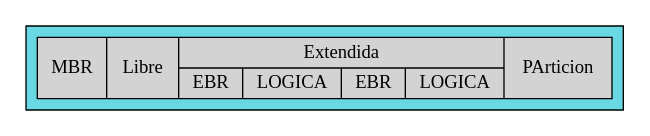
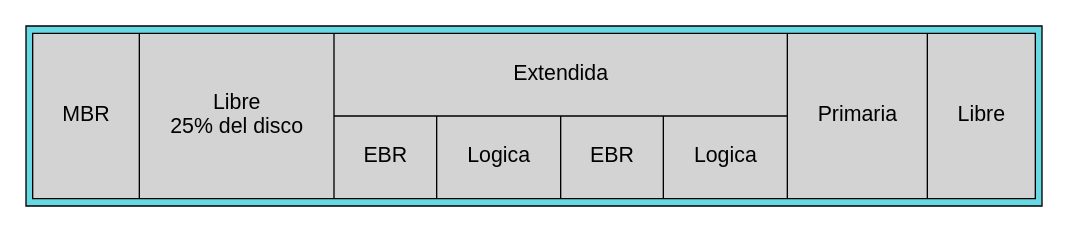
One commit to luis-tavico/MIA_2SP1_202000562 changed the diagram in diskReport.dot. Above: the diagram before and after it, drawn with Graphviz. The commit also changed 11 other files, not shown here.

```diff
--- a/diskReport.dot
+++ b/diskReport.dot
@@ -1,7 +1,6 @@
-digraph Disk {
-    subgraph cluster_0 {
-        bgcolor="#68d9e2"
-        node [style="rounded" style=filled];
-        node_D [shape=record label="MBR|Libre|{Extendida|{EBR|LOGICA|EBR|LOGICA}}|PArticion"];
+digraph G {
+    subgraph cluster { margin="5.0" penwidth="1.0" bgcolor="#68d9e2"
+        node [style="rounded" style=filled fontname="Arial" fontsize="16" margin=0.3];
+        node_disk [shape="record" label="MBR|Libre\n25% del disco|{Extendida|{EBR|Logica|EBR|Logica}}|Primaria|Libre"];
     }
 }
```
